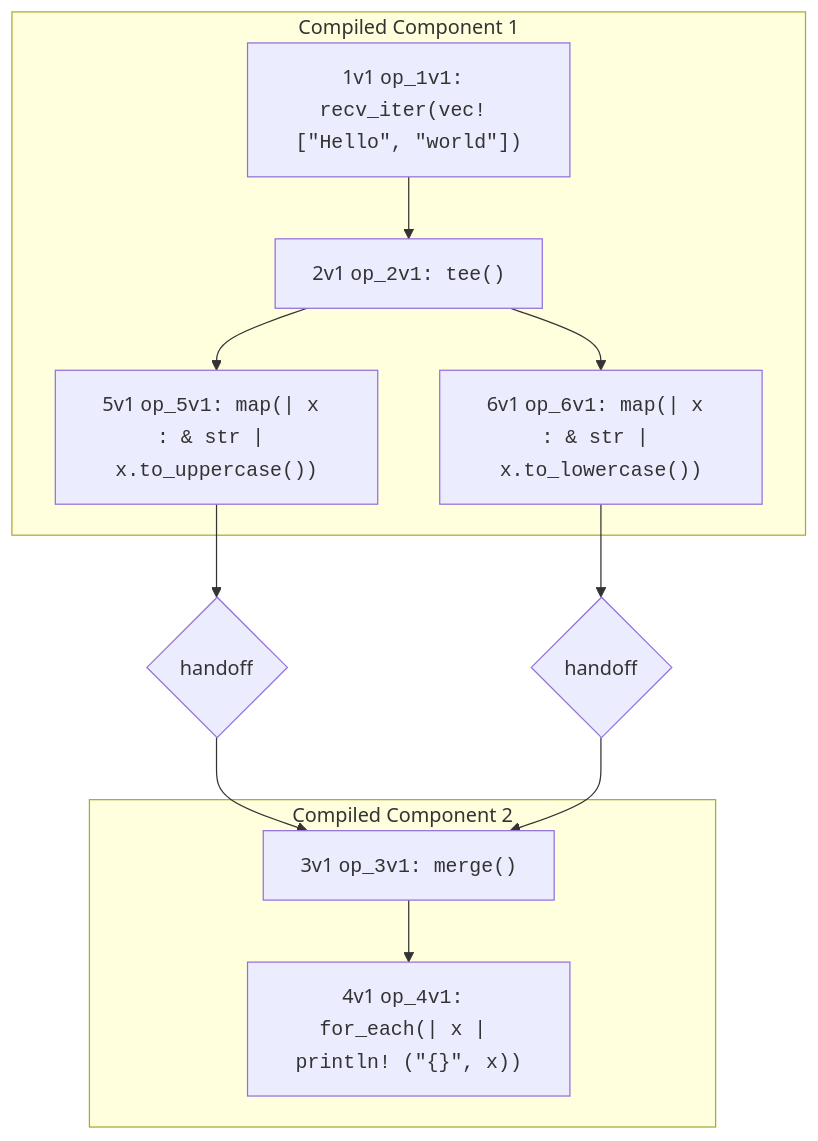
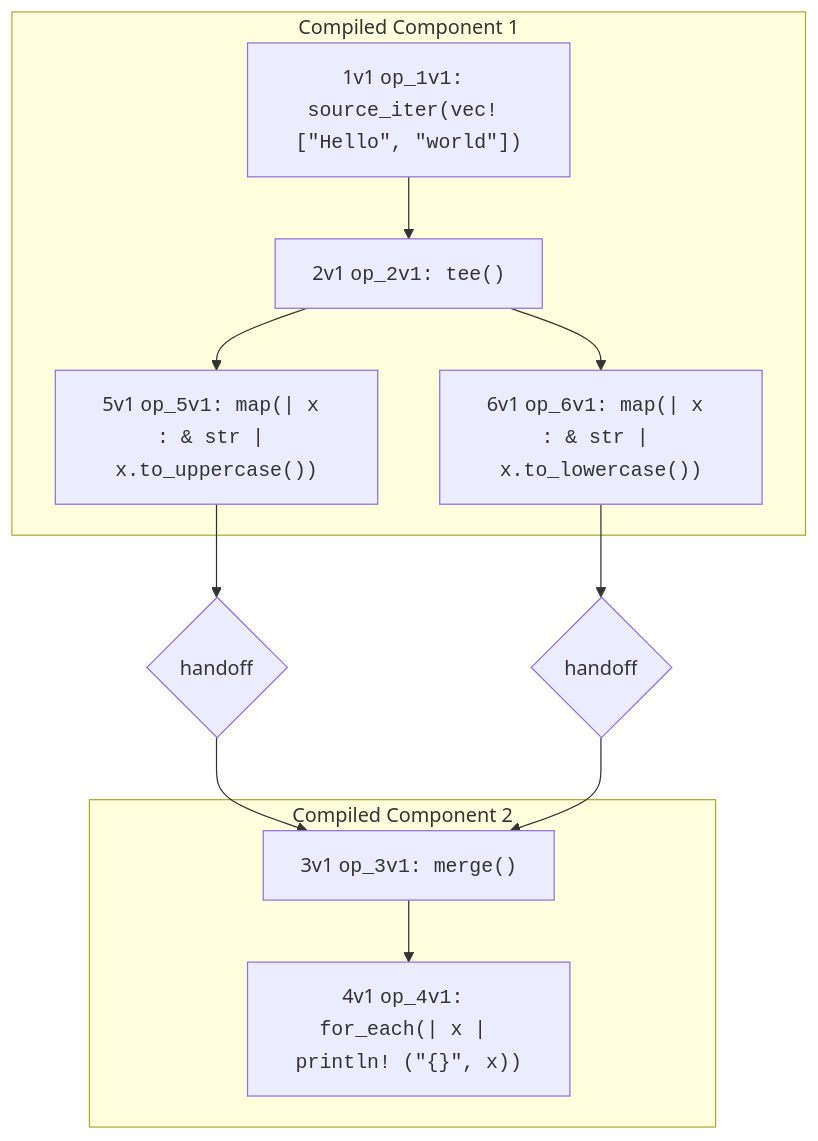
Before and after one commit to nickjiang2378/hydroflow: the diagram in book/surface_flows.md, drawn with Mermaid. The commit also changed other lines of this file and 87 other files, not shown here.

````diff
--- a/book/surface_flows.md
+++ b/book/surface_flows.md
@@ -35,25 +35,25 @@
 ```mermaid
 flowchart TB
     subgraph Compiled Component 2
         3v1["3v1 <tt>op_3v1: merge()</tt>"]
         4v1["4v1 <tt>op_4v1: for_each(| x | println! (&quot;{}&quot;, x))</tt>"]
     end
     subgraph Compiled Component 1
-        1v1["1v1 <tt>op_1v1: recv_iter(vec! [&quot;Hello&quot;, &quot;world&quot;])</tt>"]
+        1v1["1v1 <tt>op_1v1: source_iter(vec! [&quot;Hello&quot;, &quot;world&quot;])</tt>"]
         2v1["2v1 <tt>op_2v1: tee()</tt>"]
         5v1["5v1 <tt>op_5v1: map(| x : &amp; str | x.to_uppercase())</tt>"]
         6v1["6v1 <tt>op_6v1: map(| x : &amp; str | x.to_lowercase())</tt>"]
     end
 
     7v1{"handoff"}
     8v1{"handoff"}
 
     1v1-->2v1
     2v1-->5v1
     2v1-->6v1
     3v1-->4v1
     5v1-->7v1
     6v1-->8v1
     7v1-->3v1
     8v1-->3v1
 ```
````
